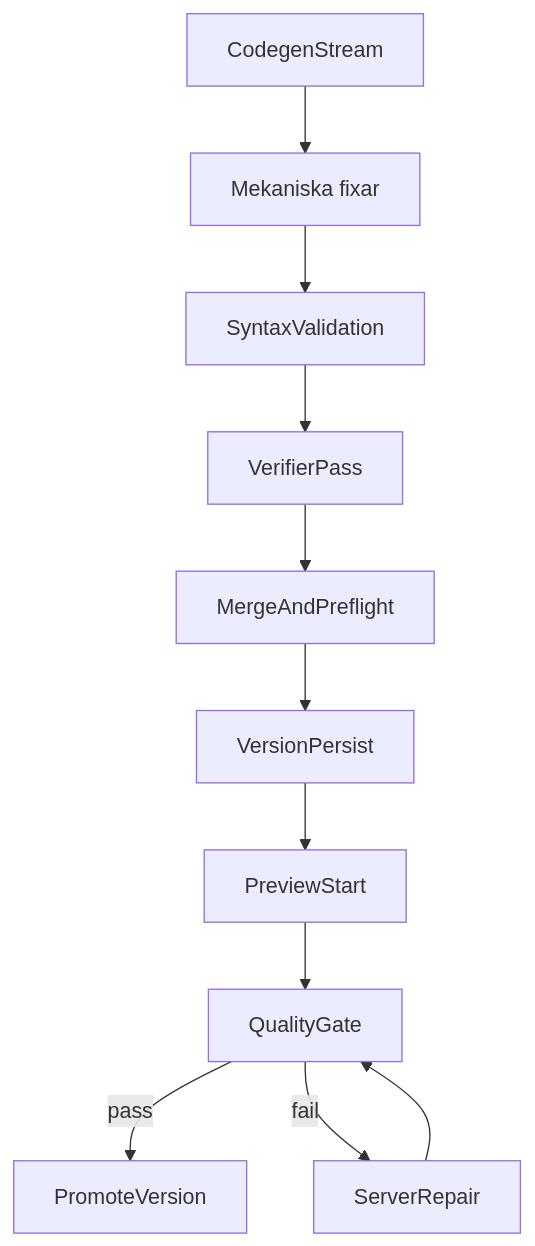
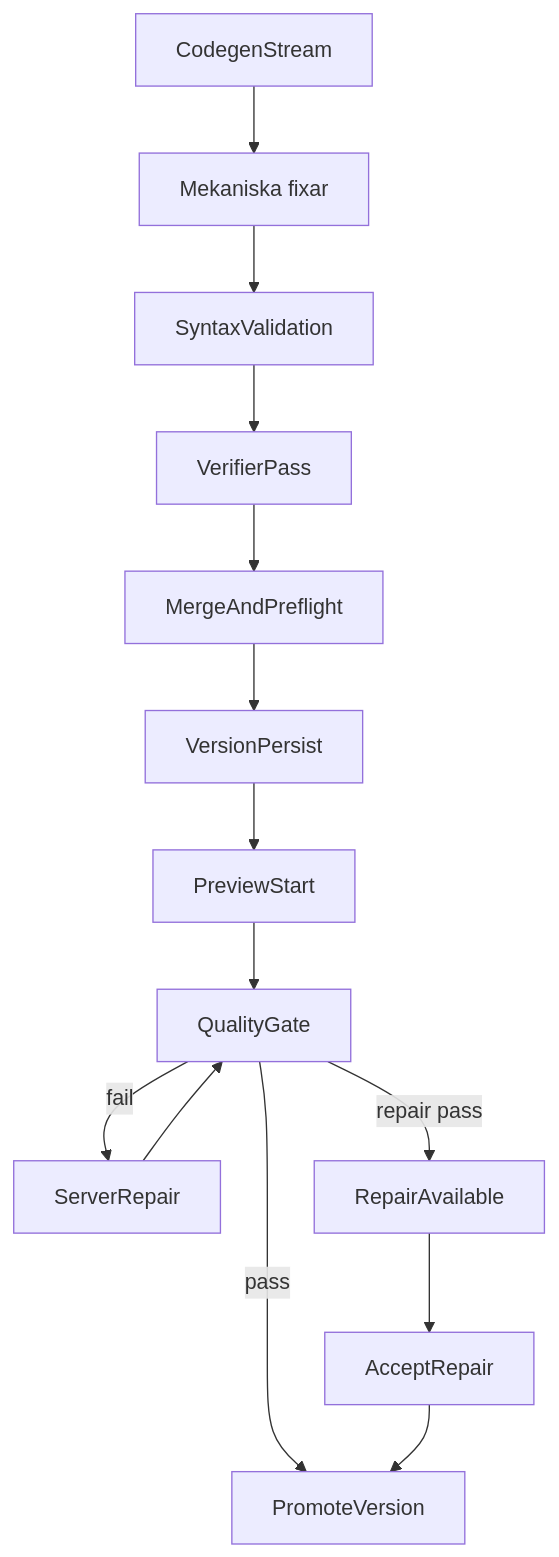
Before and after one commit to Jakeminator123/sajtmaskin: the diagram in docs/schemas/quality-gate.md, drawn with Mermaid. The commit also changed other lines of this file and 31 other files, not shown here.

````diff
--- a/docs/schemas/quality-gate.md
+++ b/docs/schemas/quality-gate.md
@@ -152,13 +201,16 @@
 ```mermaid
 flowchart TD
     codegen[CodegenStream] --> mechfix["Mekaniska fixar"]
     mechfix --> syntax[SyntaxValidation]
     syntax --> verifier[VerifierPass]
     verifier --> preflight[MergeAndPreflight]
     preflight --> persist[VersionPersist]
     persist --> preview[PreviewStart]
     preview --> qualityGate[QualityGate]
     qualityGate -->|pass| promoted[PromoteVersion]
     qualityGate -->|fail| repair[ServerRepair]
     repair --> qualityGate
+    qualityGate -->|repair pass| repairAvailable[RepairAvailable]
+    repairAvailable --> acceptRepair[AcceptRepair]
+    acceptRepair --> promoted
 ```
````
